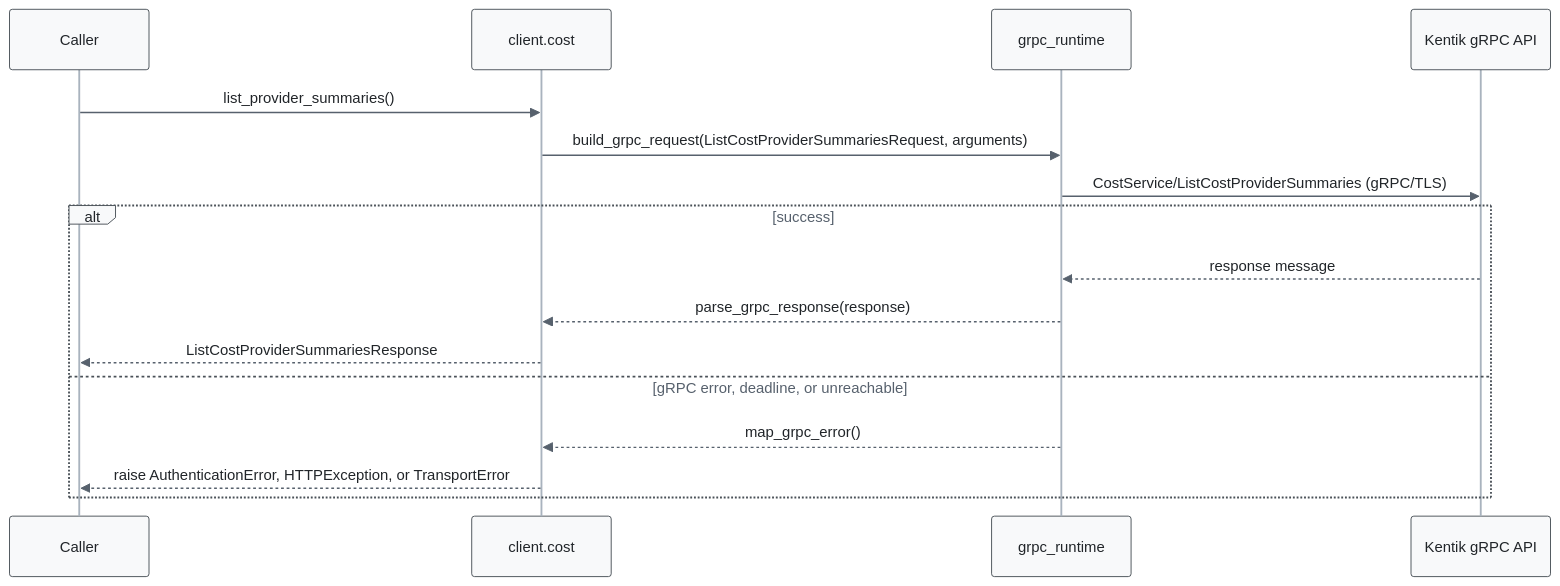
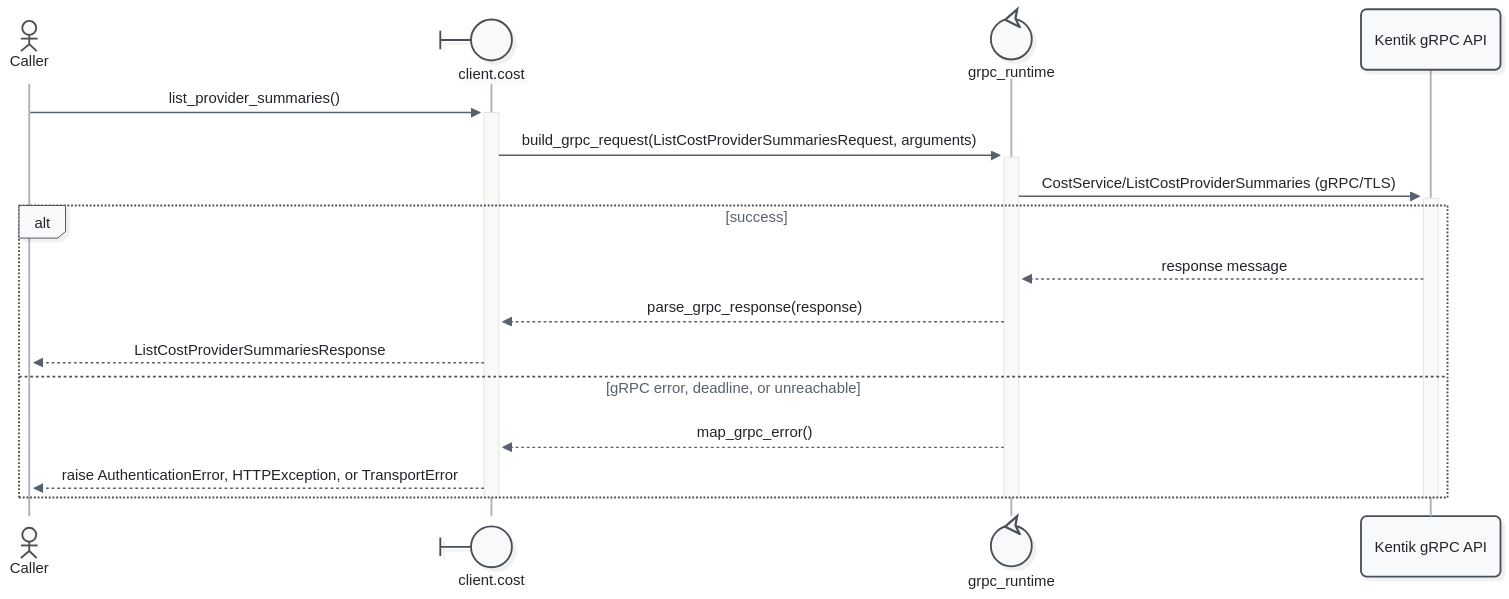
The fourth of 7 diagrams in docs/sphinx/services/cost.md (alexdearaujo/community_sdk_python), drawn with Mermaid before and after one commit. The commit also changed other lines of this file and 52 other files, not shown here.

First line of the commit message:
docs: Mermaid 12 sequence diagrams with participant types and path colors

````diff
--- a/docs/sphinx/services/cost.md
+++ b/docs/sphinx/services/cost.md
@@ -125,20 +132,23 @@
 ```mermaid
-%%{init: {"theme": "base", "fontFamily": "ui-monospace, SFMono-Regular, Menlo, monospace", "themeVariables": {"fontFamily": "ui-monospace, SFMono-Regular, Menlo, monospace", "primaryColor": "#f8f9fa", "primaryBorderColor": "#495057", "primaryTextColor": "#212529", "textColor": "#212529", "lineColor": "#77818c", "edgeLabelBackground": "#ffffff", "actorBkg": "#f8f9fa", "actorBorder": "#495057", "actorTextColor": "#212529", "actorLineColor": "#a9b3be", "signalColor": "#57616d", "signalTextColor": "#212529", "labelBoxBkgColor": "#f8f9fa", "labelBoxBorderColor": "#495057", "labelTextColor": "#212529", "loopTextColor": "#57616d", "noteBkgColor": "#fff9db", "noteBorderColor": "#f08c00", "noteTextColor": "#a35a00"}, "flowchart": {"curve": "step", "nodeSpacing": 30, "rankSpacing": 70, "wrappingWidth": 400}}}%%
+%%{init: {"theme": "redux", "look": "neo", "layout": "dagre", "fontFamily": "ui-monospace, SFMono-Regular, Menlo, monospace", "themeVariables": {"fontFamily": "ui-monospace, SFMono-Regular, Menlo, monospace", "primaryColor": "#f8f9fa", "primaryBorderColor": "#495057", "primaryTextColor": "#212529", "textColor": "#212529", "lineColor": "#77818c", "edgeLabelBackground": "#ffffff", "actorBkg": "#f8f9fa", "actorBorder": "#495057", "actorTextColor": "#212529", "actorLineColor": "#a9b3be", "signalColor": "#57616d", "signalTextColor": "#212529", "labelBoxBkgColor": "#f8f9fa", "labelBoxBorderColor": "#495057", "labelTextColor": "#212529", "loopTextColor": "#57616d", "noteBkgColor": "#fff9db", "noteBorderColor": "#f08c00", "noteTextColor": "#a35a00"}, "sequence": {"activationWidth": 16}, "flowchart": {"curve": "step", "nodeSpacing": 30, "rankSpacing": 70, "wrappingWidth": 400}}}%%
 sequenceDiagram
-    participant C as Caller
-    participant W as client.cost
-    participant R as grpc_runtime
+    actor C as Caller
+    participant W@{ "type": "boundary" } as client.cost
+    participant R@{ "type": "control" } as grpc_runtime
     participant API as Kentik gRPC API
 
-    C->>W: list_provider_summaries()
-    W->>R: build_grpc_request(ListCostProviderSummariesRequest, arguments)
-    R->>API: CostService/ListCostProviderSummaries (gRPC/TLS)
+    C->>+W: list_provider_summaries()
+    W->>+R: build_grpc_request(ListCostProviderSummariesRequest, arguments)
+    R->>+API: CostService/ListCostProviderSummaries (gRPC/TLS)
     alt success
         API-->>R: response message
         R-->>W: parse_grpc_response(response)
         W-->>C: ListCostProviderSummariesResponse
     else gRPC error, deadline, or unreachable
         R-->>W: map_grpc_error()
         W-->>C: raise AuthenticationError, HTTPException, or TransportError
     end
+    deactivate API
+    deactivate R
+    deactivate W
 ```
````
